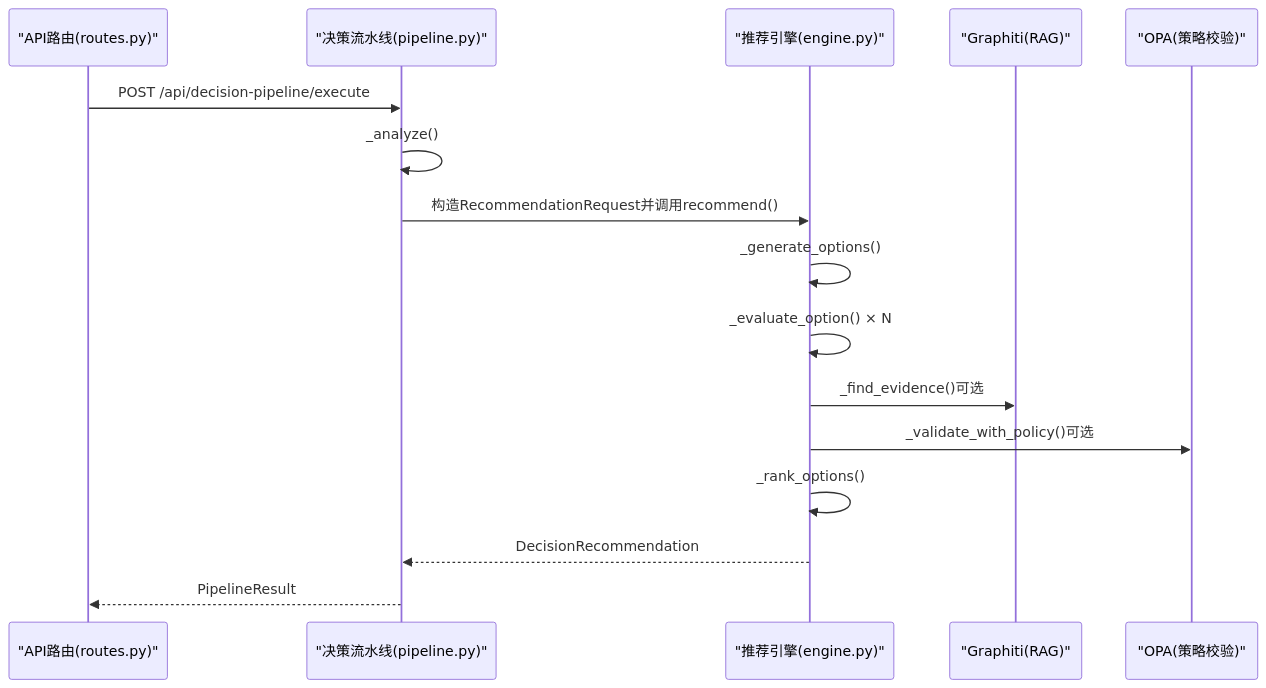
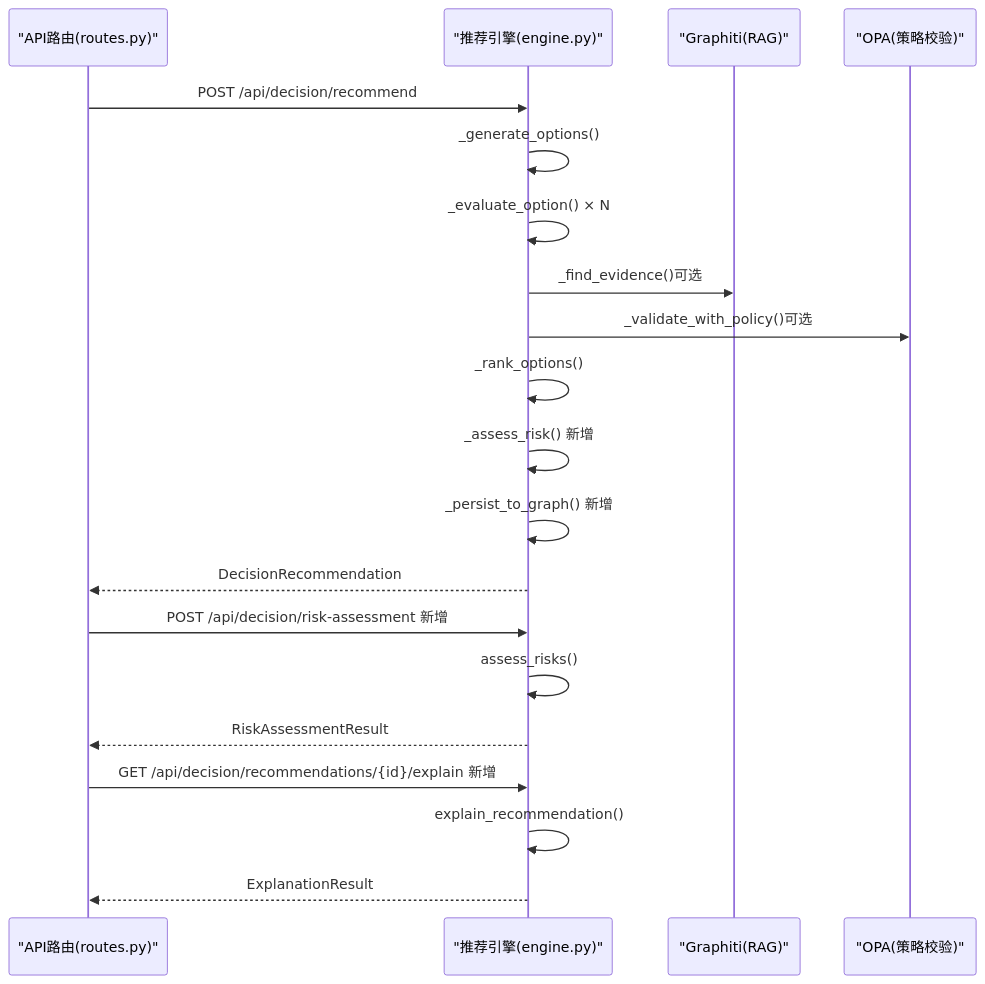
The second of 6 diagrams in .qoder/repowiki/zh/content/后端服务/业务领域服务/决策支持系统/决策推荐引擎.md (inier/ontology-graphiti), drawn with Mermaid before and after one commit. The commit also changed other lines of this file and 8 other files, not shown here.

````diff
--- a/.qoder/repowiki/zh/content/后端服务/业务领域服务/决策支持系统/决策推荐引擎.md
+++ b/.qoder/repowiki/zh/content/后端服务/业务领域服务/决策支持系统/决策推荐引擎.md
@@ -104,18 +103,22 @@
 ```mermaid
 sequenceDiagram
 participant API as "API路由(routes.py)"
-participant Pipe as "决策流水线(pipeline.py)"
 participant Eng as "推荐引擎(engine.py)"
 participant G as "Graphiti(RAG)"
 participant O as "OPA(策略校验)"
-API->>Pipe : POST /api/decision-pipeline/execute
-Pipe->>Pipe : _analyze()
-Pipe->>Eng : 构造RecommendationRequest并调用recommend()
+API->>Eng : POST /api/decision/recommend
 Eng->>Eng : _generate_options()
 Eng->>Eng : _evaluate_option() × N
 Eng->>G : _find_evidence()可选
 Eng->>O : _validate_with_policy()可选
 Eng->>Eng : _rank_options()
-Eng-->>Pipe : DecisionRecommendation
-Pipe-->>API : PipelineResult
+Eng->>Eng : _assess_risk() 新增
+Eng->>Eng : _persist_to_graph() 新增
+Eng-->>API : DecisionRecommendation
+API->>Eng : POST /api/decision/risk-assessment 新增
+Eng->>Eng : assess_risks()
+Eng-->>API : RiskAssessmentResult
+API->>Eng : GET /api/decision/recommendations/{id}/explain 新增
+Eng->>Eng : explain_recommendation()
+Eng-->>API : ExplanationResult
 ```
````
